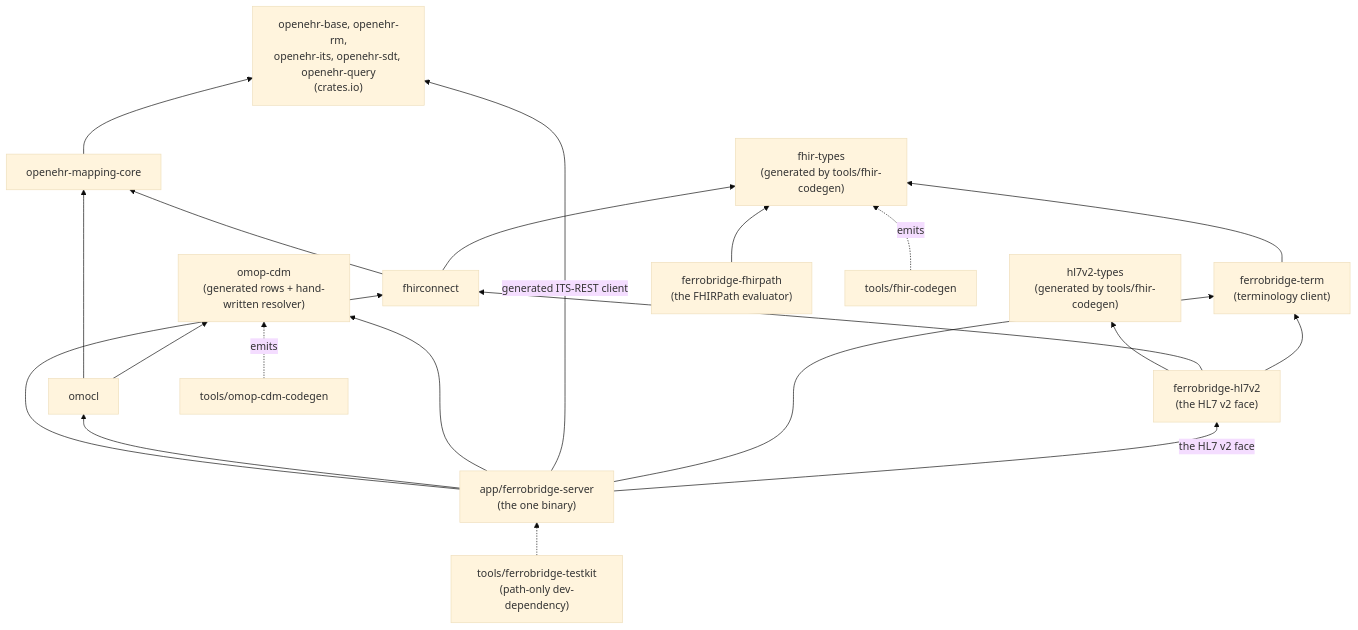
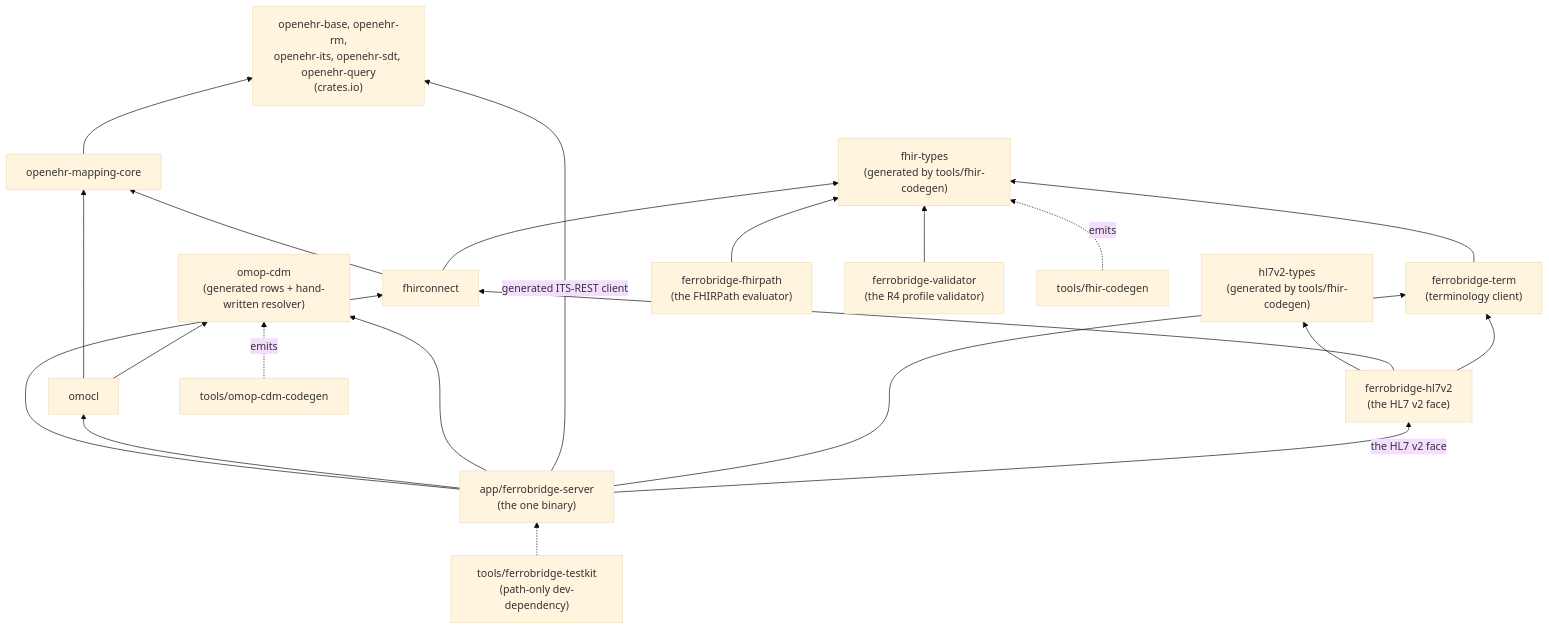
Before and after one commit to FerroHEALTH/FerroBRIDGE: the eighth of 10 diagrams in docs/architecture.md, drawn with Mermaid (base theme). The commit also changed other lines of this file and 35 other files, not shown here.

First line of the commit message:
feat(validator): the R4 profile validator's package set, issue model and structural checks (#485)

````diff
--- a/docs/architecture.md
+++ b/docs/architecture.md
@@ -1185,26 +1235,27 @@
 ```mermaid
 flowchart BT
     FT["fhir-types<br/>(generated by tools/fhir-codegen)"]
     HV["hl7v2-types<br/>(generated by tools/fhir-codegen)"]
     OE["openehr-base, openehr-rm,<br/>openehr-its, openehr-sdt, openehr-query<br/>(crates.io)"]
     MC["openehr-mapping-core"] --> OE
     FC["fhirconnect"] --> MC
     FC --> FT
     OM["omocl"] --> MC
     OC["omop-cdm<br/>(generated rows + hand-written resolver)"]
     OM --> OC
     TC["ferrobridge-term<br/>(terminology client)"] --> FT
     HL["ferrobridge-hl7v2<br/>(the HL7 v2 face)"] --> HV
     HL --> FC
     HL --> TC
     FP["ferrobridge-fhirpath<br/>(the FHIRPath evaluator)"] --> FT
+    VA["ferrobridge-validator<br/>(the R4 profile validator)"] --> FT
     SV["app/ferrobridge-server<br/>(the one binary)"] --> FC
     SV --> OM
     SV --> OC
     SV -->|"generated ITS-REST client"| OE
     SV --> TC
     SV -->|"the HL7 v2 face"| HL
     TK["tools/ferrobridge-testkit<br/>(path-only dev-dependency)"] -.-> SV
     CG["tools/fhir-codegen"] -.->|"emits"| FT
     OG["tools/omop-cdm-codegen"] -.->|"emits"| OC
 ```
````
